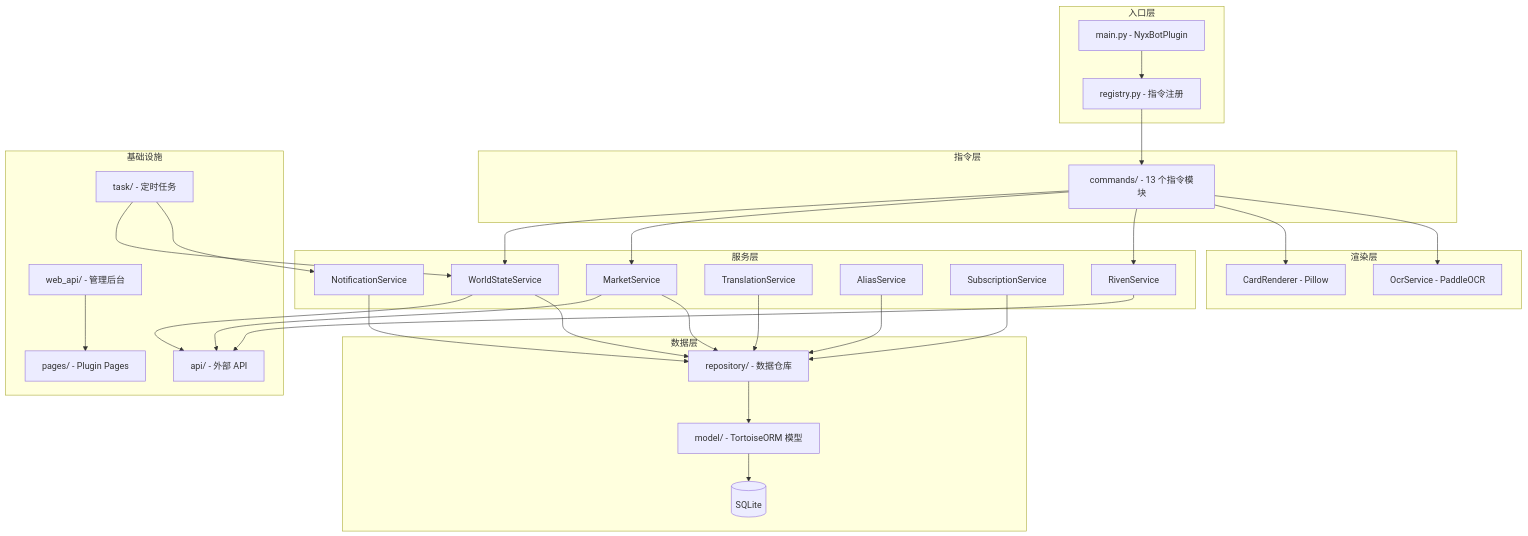
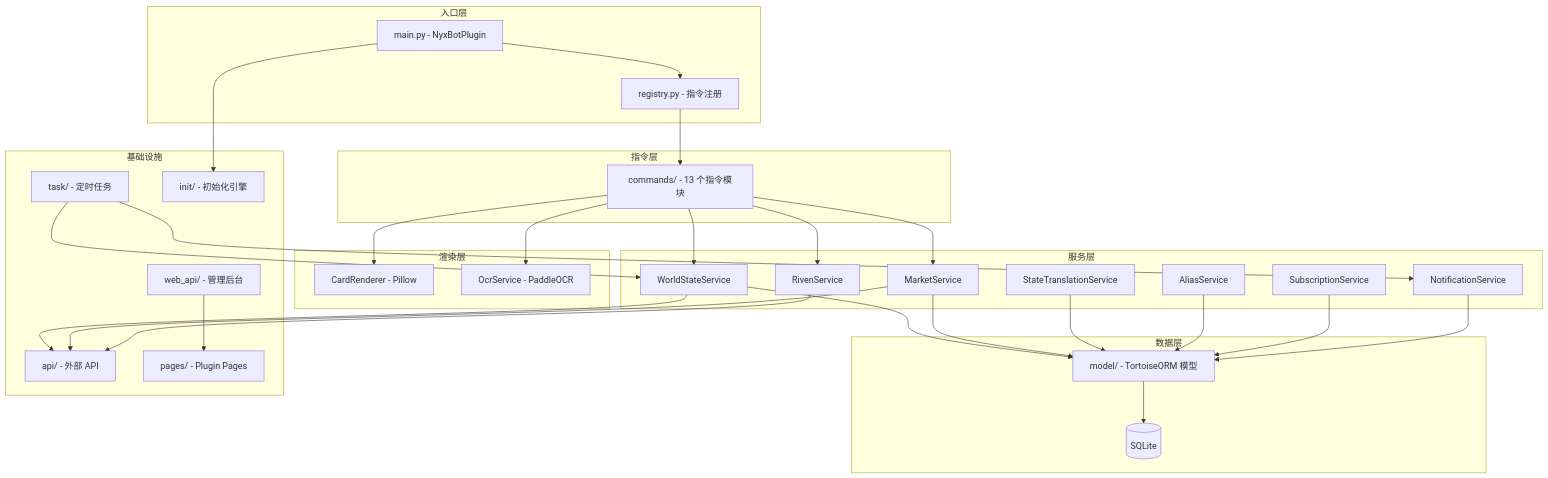
One commit to KingPrimes/astrbot_plugin_nyxbot changed the diagram in README.md. Above: the diagram before and after it, drawn with Mermaid. The commit also changed other lines of this file and 5 other files, not shown here.

````diff
--- a/README.md
+++ b/README.md
@@ -58,61 +58,61 @@
 ```mermaid
 graph TB
     subgraph 入口层
         MAIN["main.py - NyxBotPlugin"]
         REGISTRY["registry.py - 指令注册"]
     end
 
     subgraph 指令层
         CMDS["commands/ - 13 个指令模块"]
     end
 
     subgraph 服务层
         WS["WorldStateService"]
         MARKET["MarketService"]
         RIVEN["RivenService"]
-        TRANS["TranslationService"]
+        TRANS["StateTranslationService"]
         ALIAS["AliasService"]
         SUB["SubscriptionService"]
         NOTIF["NotificationService"]
     end
 
     subgraph 数据层
-        REPO["repository/ - 数据仓库"]
         MODEL["model/ - TortoiseORM 模型"]
         DB[("SQLite")]
     end
 
     subgraph 渲染层
         RENDER["CardRenderer - Pillow"]
         OCR["OcrService - PaddleOCR"]
     end
 
     subgraph 基础设施
         API["api/ - 外部 API"]
         TASK["task/ - 定时任务"]
         WEB["web_api/ - 管理后台"]
         PAGES["pages/ - Plugin Pages"]
+        INIT["init/ - 初始化引擎"]
     end
 
     MAIN --> REGISTRY
+    MAIN --> INIT
     REGISTRY --> CMDS
     CMDS --> WS
     CMDS --> MARKET
     CMDS --> RIVEN
     CMDS --> RENDER
     CMDS --> OCR
     WS --> API
     MARKET --> API
     RIVEN --> API
-    WS --> REPO
-    MARKET --> REPO
-    TRANS --> REPO
-    ALIAS --> REPO
-    SUB --> REPO
-    NOTIF --> REPO
-    REPO --> MODEL
+    WS --> MODEL
+    MARKET --> MODEL
+    TRANS --> MODEL
+    ALIAS --> MODEL
+    SUB --> MODEL
+    NOTIF --> MODEL
     MODEL --> DB
     TASK --> WS
     TASK --> NOTIF
     WEB --> PAGES
 ```
````
